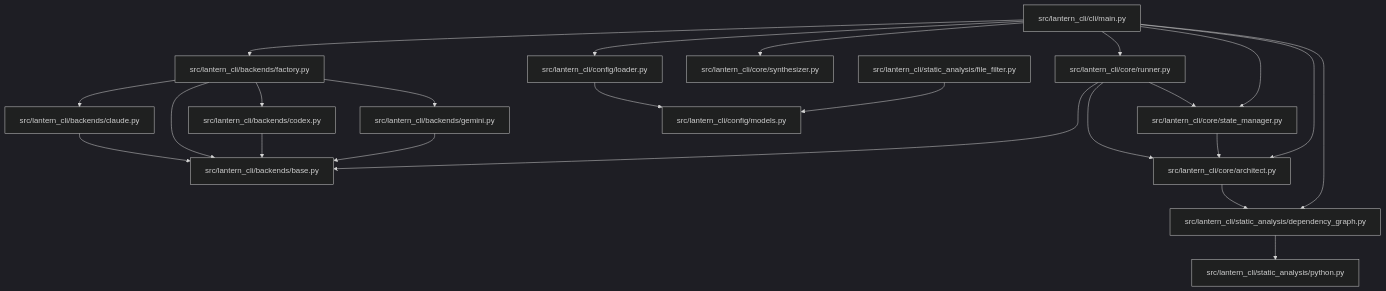
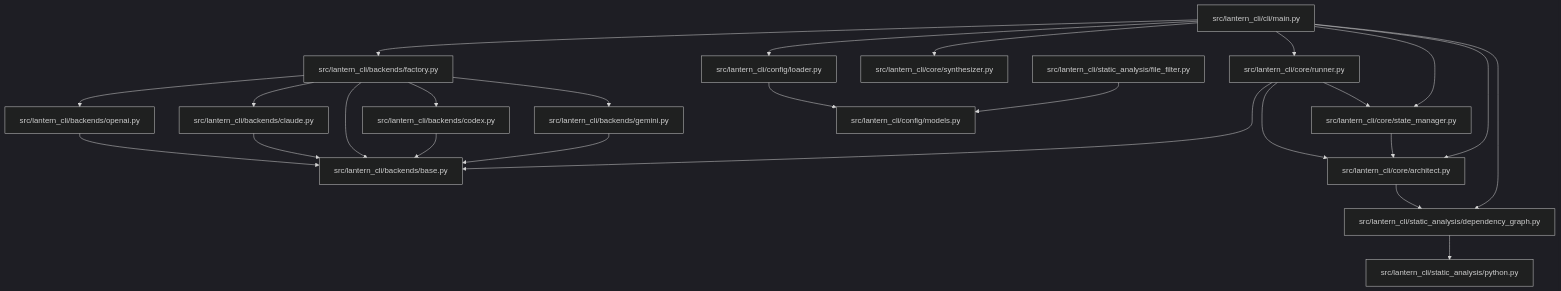
Before and after one commit to abc1199281/repo-lantern: the diagram in .lantern/lantern_plan.md, drawn with Mermaid (dark theme). The commit also changed other lines of this file and 1 other file, not shown here.

````diff
--- a/.lantern/lantern_plan.md
+++ b/.lantern/lantern_plan.md
@@ -7,25 +7,27 @@
 ```mermaid
 graph TD
+    src_lantern_cli_backends_openai_py[src/lantern_cli/backends/openai.py] --> src_lantern_cli_backends_base_py[src/lantern_cli/backends/base.py]
     src_lantern_cli_backends_claude_py[src/lantern_cli/backends/claude.py] --> src_lantern_cli_backends_base_py[src/lantern_cli/backends/base.py]
+    src_lantern_cli_backends_factory_py[src/lantern_cli/backends/factory.py] --> src_lantern_cli_backends_gemini_py[src/lantern_cli/backends/gemini.py]
     src_lantern_cli_backends_factory_py[src/lantern_cli/backends/factory.py] --> src_lantern_cli_backends_claude_py[src/lantern_cli/backends/claude.py]
+    src_lantern_cli_backends_factory_py[src/lantern_cli/backends/factory.py] --> src_lantern_cli_backends_openai_py[src/lantern_cli/backends/openai.py]
     src_lantern_cli_backends_factory_py[src/lantern_cli/backends/factory.py] --> src_lantern_cli_backends_base_py[src/lantern_cli/backends/base.py]
-    src_lantern_cli_backends_factory_py[src/lantern_cli/backends/factory.py] --> src_lantern_cli_backends_gemini_py[src/lantern_cli/backends/gemini.py]
     src_lantern_cli_backends_factory_py[src/lantern_cli/backends/factory.py] --> src_lantern_cli_backends_codex_py[src/lantern_cli/backends/codex.py]
     src_lantern_cli_backends_codex_py[src/lantern_cli/backends/codex.py] --> src_lantern_cli_backends_base_py[src/lantern_cli/backends/base.py]
     src_lantern_cli_backends_gemini_py[src/lantern_cli/backends/gemini.py] --> src_lantern_cli_backends_base_py[src/lantern_cli/backends/base.py]
+    src_lantern_cli_core_runner_py[src/lantern_cli/core/runner.py] --> src_lantern_cli_core_architect_py[src/lantern_cli/core/architect.py]
     src_lantern_cli_core_runner_py[src/lantern_cli/core/runner.py] --> src_lantern_cli_core_state_manager_py[src/lantern_cli/core/state_manager.py]
     src_lantern_cli_core_runner_py[src/lantern_cli/core/runner.py] --> src_lantern_cli_backends_base_py[src/lantern_cli/backends/base.py]
-    src_lantern_cli_core_runner_py[src/lantern_cli/core/runner.py] --> src_lantern_cli_core_architect_py[src/lantern_cli/core/architect.py]
     src_lantern_cli_core_state_manager_py[src/lantern_cli/core/state_manager.py] --> src_lantern_cli_core_architect_py[src/lantern_cli/core/architect.py]
     src_lantern_cli_core_architect_py[src/lantern_cli/core/architect.py] --> src_lantern_cli_static_analysis_dependency_graph_py[src/lantern_cli/static_analysis/dependency_graph.py]
+    src_lantern_cli_cli_main_py[src/lantern_cli/cli/main.py] --> src_lantern_cli_core_synthesizer_py[src/lantern_cli/core/synthesizer.py]
+    src_lantern_cli_cli_main_py[src/lantern_cli/cli/main.py] --> src_lantern_cli_core_runner_py[src/lantern_cli/core/runner.py]
+    src_lantern_cli_cli_main_py[src/lantern_cli/cli/main.py] --> src_lantern_cli_config_loader_py[src/lantern_cli/config/loader.py]
+    src_lantern_cli_cli_main_py[src/lantern_cli/cli/main.py] --> src_lantern_cli_core_architect_py[src/lantern_cli/core/architect.py]
+    src_lantern_cli_cli_main_py[src/lantern_cli/cli/main.py] --> src_lantern_cli_core_state_manager_py[src/lantern_cli/core/state_manager.py]
     src_lantern_cli_cli_main_py[src/lantern_cli/cli/main.py] --> src_lantern_cli_backends_factory_py[src/lantern_cli/backends/factory.py]
     src_lantern_cli_cli_main_py[src/lantern_cli/cli/main.py] --> src_lantern_cli_static_analysis_dependency_graph_py[src/lantern_cli/static_analysis/dependency_graph.py]
-    src_lantern_cli_cli_main_py[src/lantern_cli/cli/main.py] --> src_lantern_cli_core_synthesizer_py[src/lantern_cli/core/synthesizer.py]
-    src_lantern_cli_cli_main_py[src/lantern_cli/cli/main.py] --> src_lantern_cli_core_state_manager_py[src/lantern_cli/core/state_manager.py]
-    src_lantern_cli_cli_main_py[src/lantern_cli/cli/main.py] --> src_lantern_cli_config_loader_py[src/lantern_cli/config/loader.py]
-    src_lantern_cli_cli_main_py[src/lantern_cli/cli/main.py] --> src_lantern_cli_core_runner_py[src/lantern_cli/core/runner.py]
-    src_lantern_cli_cli_main_py[src/lantern_cli/cli/main.py] --> src_lantern_cli_core_architect_py[src/lantern_cli/core/architect.py]
     src_lantern_cli_config_loader_py[src/lantern_cli/config/loader.py] --> src_lantern_cli_config_models_py[src/lantern_cli/config/models.py]
     src_lantern_cli_static_analysis_file_filter_py[src/lantern_cli/static_analysis/file_filter.py] --> src_lantern_cli_config_models_py[src/lantern_cli/config/models.py]
     src_lantern_cli_static_analysis_dependency_graph_py[src/lantern_cli/static_analysis/dependency_graph.py] --> src_lantern_cli_static_analysis_python_py[src/lantern_cli/static_analysis/python.py]
 ```
````
